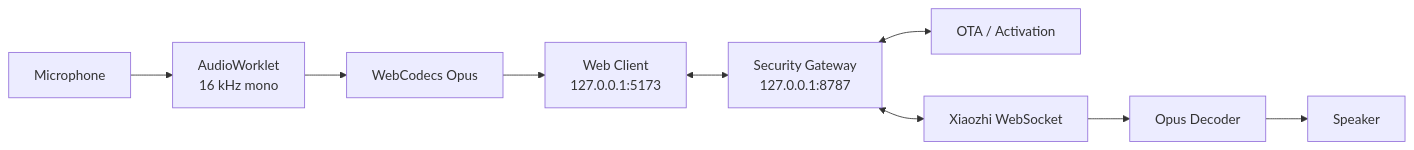
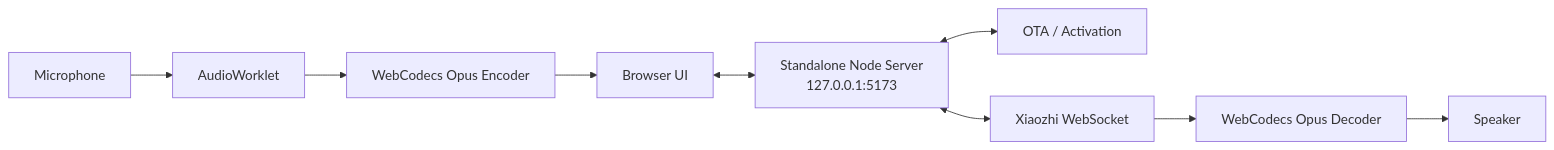
Before and after one commit to Base27-CVNSS/ViPocket-Xiaozhi: the diagram in README.en.md, drawn with Mermaid. The commit also changed other lines of this file, not shown here.

Commit message:
docs: synchronize English guide with standalone 2.2

````diff
--- a/README.en.md
+++ b/README.en.md
@@ -58,11 +55,11 @@
 ```mermaid
 flowchart LR
-    MIC[Microphone] --> AW[AudioWorklet\n16 kHz mono]
-    AW --> OPUS[WebCodecs Opus]
-    OPUS --> WEB[Web Client\n127.0.0.1:5173]
-    WEB <--> GW[Security Gateway\n127.0.0.1:8787]
-    GW <--> OTA[OTA / Activation]
-    GW <--> WS[Xiaozhi WebSocket]
-    WS --> DEC[Opus Decoder]
+    MIC[Microphone] --> AW[AudioWorklet]
+    AW --> ENC[WebCodecs Opus Encoder]
+    ENC --> B[Browser UI]
+    B <--> S[Standalone Node Server\n127.0.0.1:5173]
+    S <--> OTA[OTA / Activation]
+    S <--> WS[Xiaozhi WebSocket]
+    WS --> DEC[WebCodecs Opus Decoder]
     DEC --> SPK[Speaker]
 ```
````
